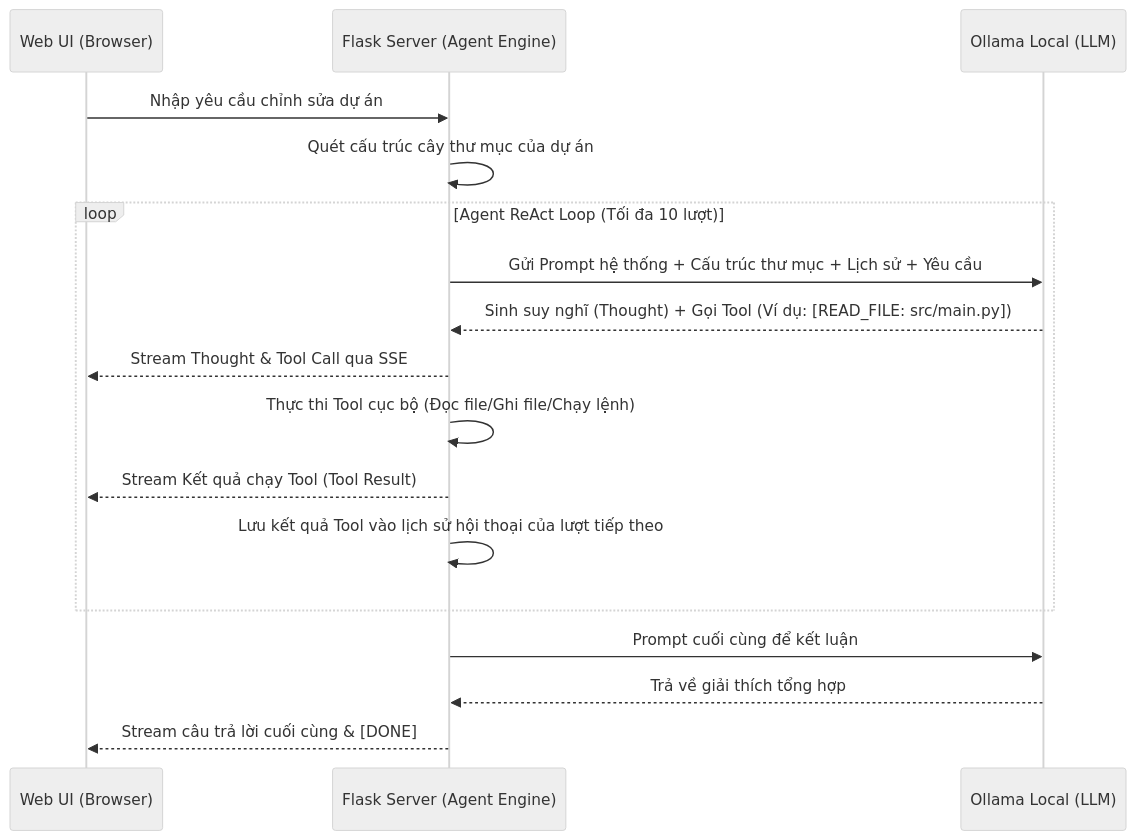
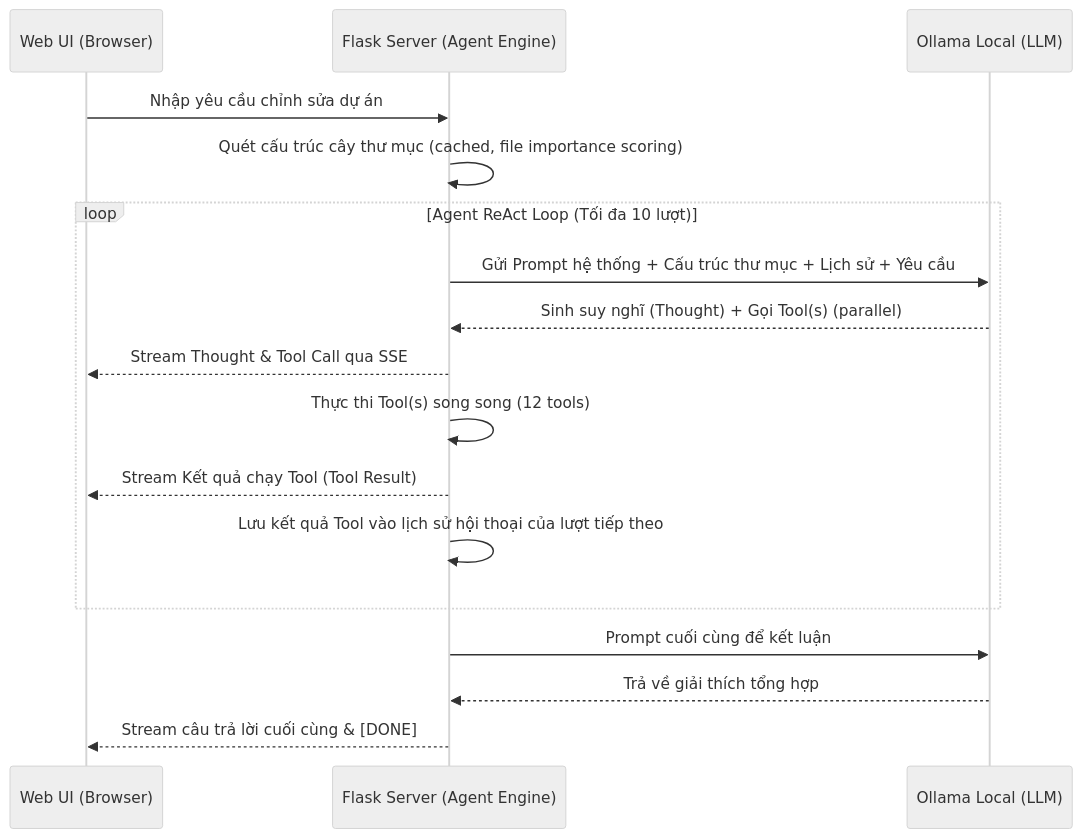
One commit to nbhson/ai-local-supporter changed the second of 2 diagrams in ARCHITECTURE.md. Above: the diagram before and after it, drawn with Mermaid (neutral theme). The commit also changed other lines of this file and 12 other files, not shown here.

````diff
--- a/ARCHITECTURE.md
+++ b/ARCHITECTURE.md
@@ -500,22 +355,22 @@
 ```mermaid
 sequenceDiagram
     participant User as Web UI (Browser)
     participant Flask as Flask Server (Agent Engine)
     participant Ollama as Ollama Local (LLM)
 
     User->>Flask: Nhập yêu cầu chỉnh sửa dự án
-    Flask->>Flask: Quét cấu trúc cây thư mục của dự án
+    Flask->>Flask: Quét cấu trúc cây thư mục (cached, file importance scoring)
 
     loop Agent ReAct Loop (Tối đa 10 lượt)
         Flask->>Ollama: Gửi Prompt hệ thống + Cấu trúc thư mục + Lịch sử + Yêu cầu
-        Ollama-->>Flask: Sinh suy nghĩ (Thought) + Gọi Tool (Ví dụ: [READ_FILE: src/main.py])
+        Ollama-->>Flask: Sinh suy nghĩ (Thought) + Gọi Tool(s) (parallel)
         Flask-->>User: Stream Thought & Tool Call qua SSE
-        Flask->>Flask: Thực thi Tool cục bộ (Đọc file/Ghi file/Chạy lệnh)
+        Flask->>Flask: Thực thi Tool(s) song song (12 tools)
         Flask-->>User: Stream Kết quả chạy Tool (Tool Result)
         Flask->>Flask: Lưu kết quả Tool vào lịch sử hội thoại của lượt tiếp theo
     end
 
     Flask->>Ollama: Prompt cuối cùng để kết luận
     Ollama-->>Flask: Trả về giải thích tổng hợp
     Flask-->>User: Stream câu trả lời cuối cùng & [DONE]
 ```
````
